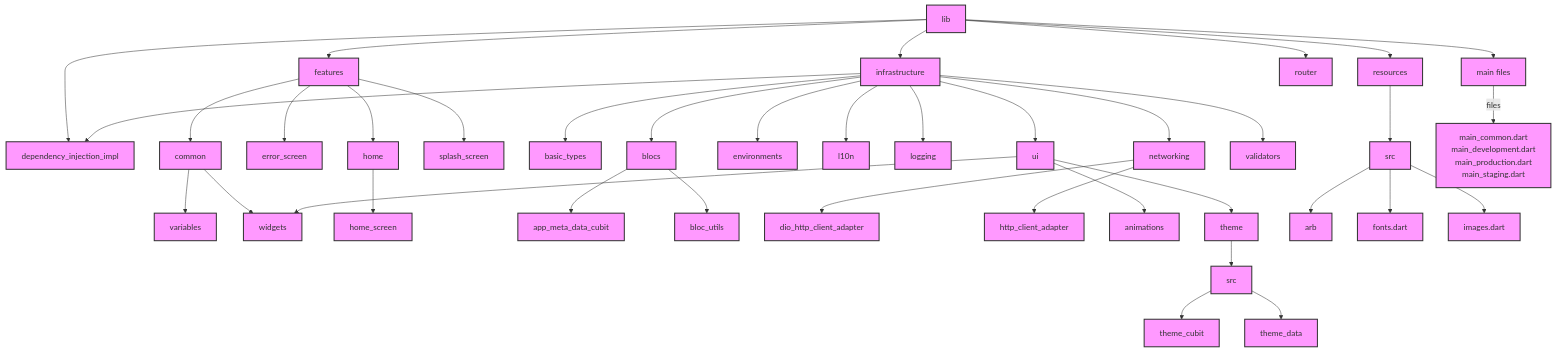
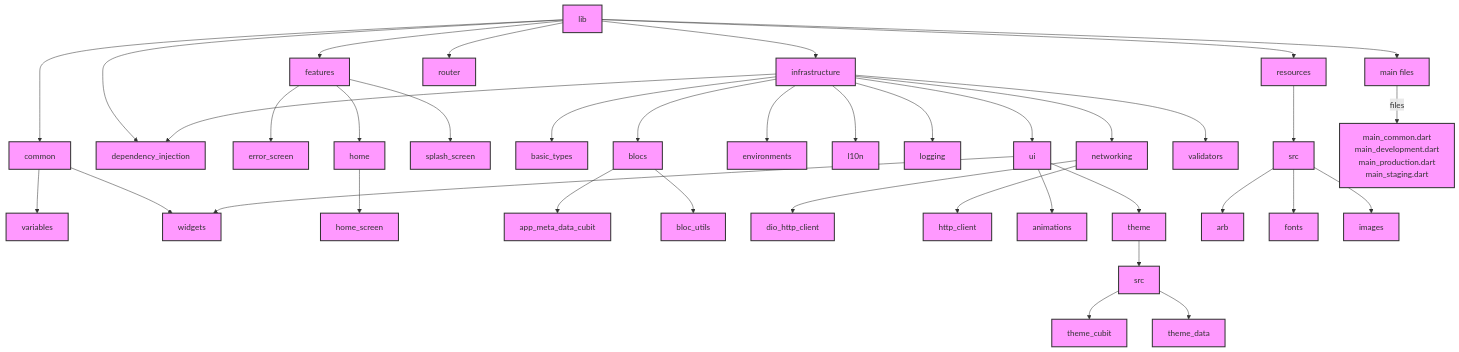
Before and after one commit to Haidar0096/fcu: the diagram in bricks/flutter_starter_brick/README.md, drawn with Mermaid.

Commit message:
Updated README.md of the starter brick

````diff
--- a/bricks/flutter_starter_brick/README.md
+++ b/bricks/flutter_starter_brick/README.md
@@ -26,53 +26,53 @@
 ```mermaid
 graph TD
-    lib --> dependency_injection[dependency_injection_impl]
+    lib --> common
+    lib --> dependency_injection
     lib --> features
     lib --> infrastructure
     lib --> resources
     lib --> router
     lib --> main_files[main files]
 
-    features --> common
     features --> error_screen
     features --> home
     features --> splash_screen
 
     common --> variables
     common --> widgets
 
     home --> home_screen
 
     infrastructure --> basic_types
     infrastructure --> blocs
     infrastructure --> dependency_injection
     infrastructure --> environments
     infrastructure --> l10n
     infrastructure --> logging
     infrastructure --> networking
     infrastructure --> ui
     infrastructure --> validators
 
     blocs --> app_meta_data_cubit
     blocs --> bloc_utils
 
-    networking --> dio_client[dio_http_client_adapter]
-    networking --> http_client[http_client_adapter]
+    networking --> dio_http_client[dio_http_client]
+    networking --> http_client
 
     ui --> animations
     ui --> theme
     ui --> widgets
 
     theme --> theme_src[src]
     theme_src --> theme_cubit
     theme_src --> theme_data
 
     resources --> src
     src --> arb
-    src --> fonts.dart
-    src --> images.dart
+    src --> fonts
+    src --> images
 
     main_files --> |files| main_list[main_common.dart<br/>main_development.dart<br/>main_production.dart<br/>main_staging.dart]
 
     classDef default fill:#f9f,stroke:#333,stroke-width:2px;
     classDef folder fill:#bbf,stroke:#333,stroke-width:2px;
 ```
````
